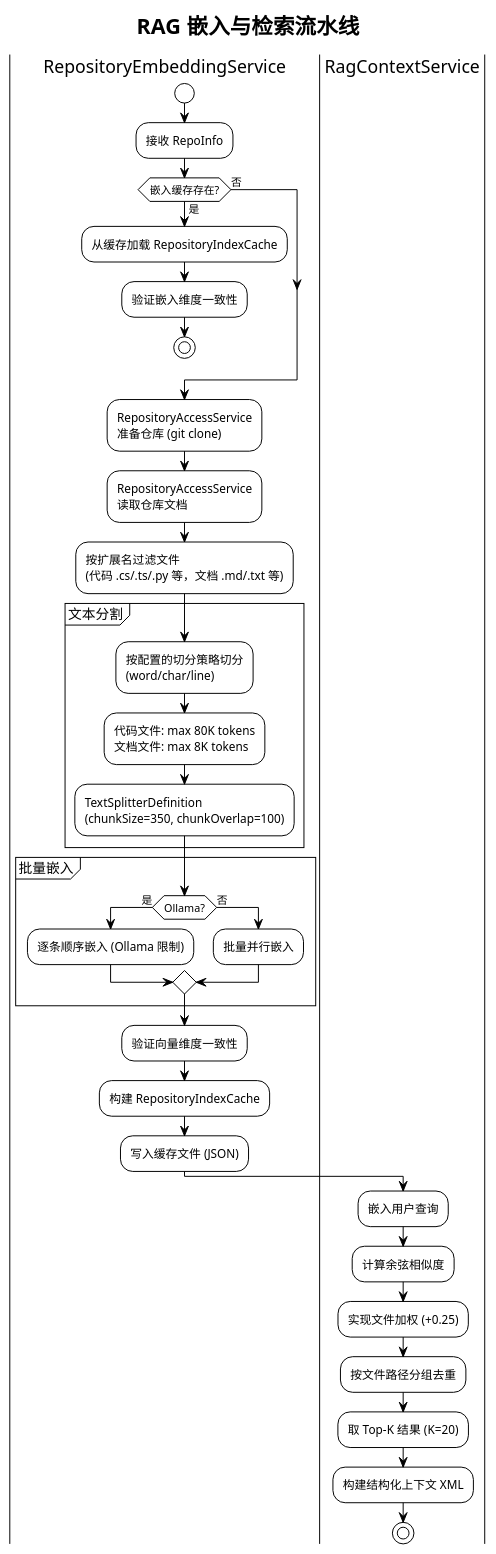
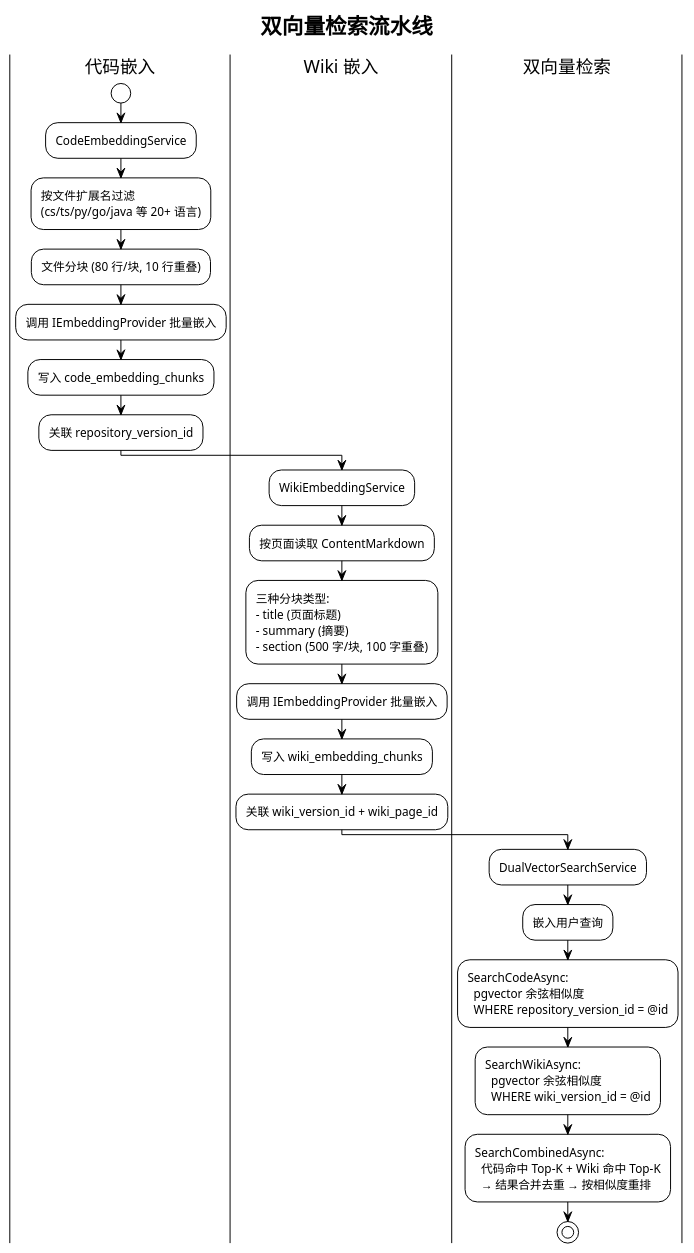
Before and after one commit to daohunliwei/Heimdall: the seventh of 7 diagrams in doc/architecture/backend-architecture.md, drawn with PlantUML. The commit also changed other lines of this file and 3 other files, not shown here.

````diff
--- a/doc/architecture/backend-architecture.md
+++ b/doc/architecture/backend-architecture.md
@@ -769,52 +562,33 @@
 ```plantuml
 @startuml
 !theme plain
-title RAG 嵌入与检索流水线
+title 双向量检索流水线
 
-|RepositoryEmbeddingService|
+|代码嵌入|
 start
-:接收 RepoInfo;
+:CodeEmbeddingService;
+:按文件扩展名过滤\n(cs/ts/py/go/java 等 20+ 语言);
+:文件分块 (80 行/块, 10 行重叠);
+:调用 IEmbeddingProvider 批量嵌入;
+:写入 code_embedding_chunks;
+:关联 repository_version_id;
 
-if (嵌入缓存存在?) then (是)
-  :从缓存加载 RepositoryIndexCache;
-  :验证嵌入维度一致性;
-  stop
-else (否)
-endif
+|Wiki 嵌入|
+:WikiEmbeddingService;
+:按页面读取 ContentMarkdown;
+:三种分块类型:\n- title (页面标题)\n- summary (摘要)\n- section (500 字/块, 100 字重叠);
+:调用 IEmbeddingProvider 批量嵌入;
+:写入 wiki_embedding_chunks;
+:关联 wiki_version_id + wiki_page_id;
 
-:RepositoryAccessService\n准备仓库 (git clone);
-:RepositoryAccessService\n读取仓库文档;
-:按扩展名过滤文件\n(代码 .cs/.ts/.py 等，文档 .md/.txt 等);
-
-partition "文本分割" {
-  :按配置的切分策略切分\n(word/char/line);
-  :代码文件: max 80K tokens\n文档文件: max 8K tokens;
-  :TextSplitterDefinition\n(chunkSize=350, chunkOverlap=100);
-}
-
-partition "批量嵌入" {
-  if (Ollama?) then (是)
-    :逐条顺序嵌入 (Ollama 限制);
-  else (否)
-    :批量并行嵌入;
-  endif
-}
-
-:验证向量维度一致性;
-:构建 RepositoryIndexCache;
-:写入缓存文件 (JSON);
-
-|RagContextService|
+|双向量检索|
+:DualVectorSearchService;
 :嵌入用户查询;
-
-:计算余弦相似度;
-:实现文件加权 (+0.25);
-
-:按文件路径分组去重;
-:取 Top-K 结果 (K=20);
-:构建结构化上下文 XML;
+:SearchCodeAsync:\n  pgvector 余弦相似度\n  WHERE repository_version_id = @id;
+:SearchWikiAsync:\n  pgvector 余弦相似度\n  WHERE wiki_version_id = @id;
+:SearchCombinedAsync:\n  代码命中 Top-K + Wiki 命中 Top-K\n  → 结果合并去重 → 按相似度重排;
 
 stop
 
 @enduml
 ```
````
